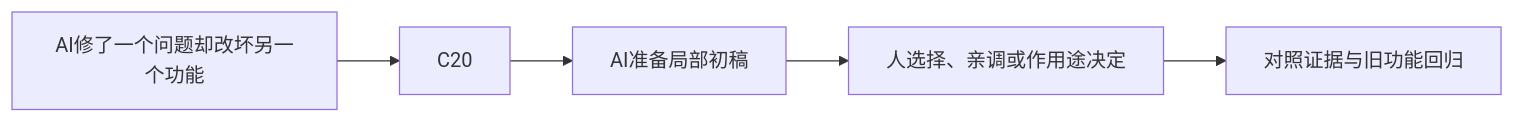
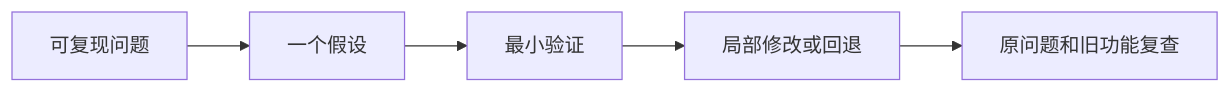
One commit to Zilur/ai-3d-game-learning changed the diagram in curriculum/lessons/B15.md. Above: the diagram before and after it, drawn with Mermaid. The commit also changed other lines of this file and 164 other files, not shown here.

Commit message:
docs: publish 47 step-by-step AI lesson flows, world upgrade and optional training corner

````diff
--- a/curriculum/lessons/B15.md
+++ b/curriculum/lessons/B15.md
@@ -38,7 +35,7 @@
 ```mermaid
 flowchart LR
-  S["AI修了一个问题却改坏另一个功能"] --> K["C20"]
-  K --> AI["AI准备局部初稿"]
-  AI --> H["人选择、亲调或作用途决定"]
-  H --> V["对照证据与旧功能回归"]
+ R["可复现问题"] --> H["一个假设"]
+ H --> E["最小验证"]
+ E --> P["局部修改或回退"]
+ P --> T["原问题和旧功能复查"]
 ```
````
